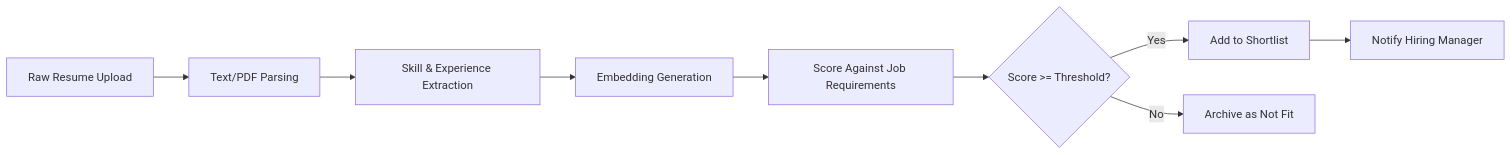
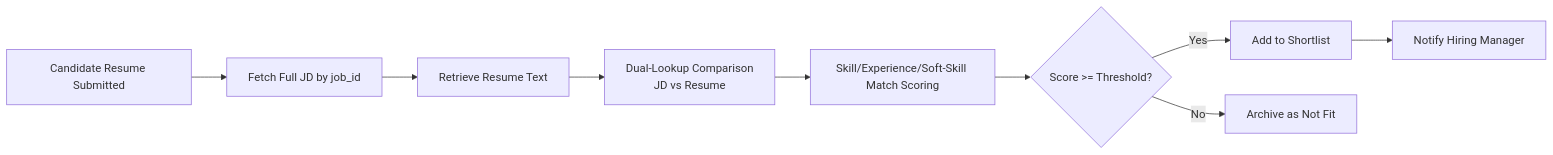
Before and after one commit to HarshSinha-1/Multi_agent_orchestration_purposive: the third of 7 diagrams in README.md, drawn with Mermaid. The commit also changed other lines of this file, not shown here.

````diff
--- a/README.md
+++ b/README.md
@@ -122,11 +113,11 @@
 ```mermaid
 flowchart LR
-    A[Raw Resume Upload] --> B[Text/PDF Parsing]
-    B --> C[Skill & Experience Extraction]
-    C --> D[Embedding Generation]
-    D --> E[Score Against Job Requirements]
+    A[Candidate Resume Submitted] --> B[Fetch Full JD by job_id]
+    B --> C[Retrieve Resume Text]
+    C --> D[Dual-Lookup Comparison<br/>JD vs Resume]
+    D --> E[Skill/Experience/Soft-Skill Match Scoring]
     E --> F{Score >= Threshold?}
     F -->|Yes| G[Add to Shortlist]
     F -->|No| H[Archive as Not Fit]
     G --> I[Notify Hiring Manager]
 ```
````
